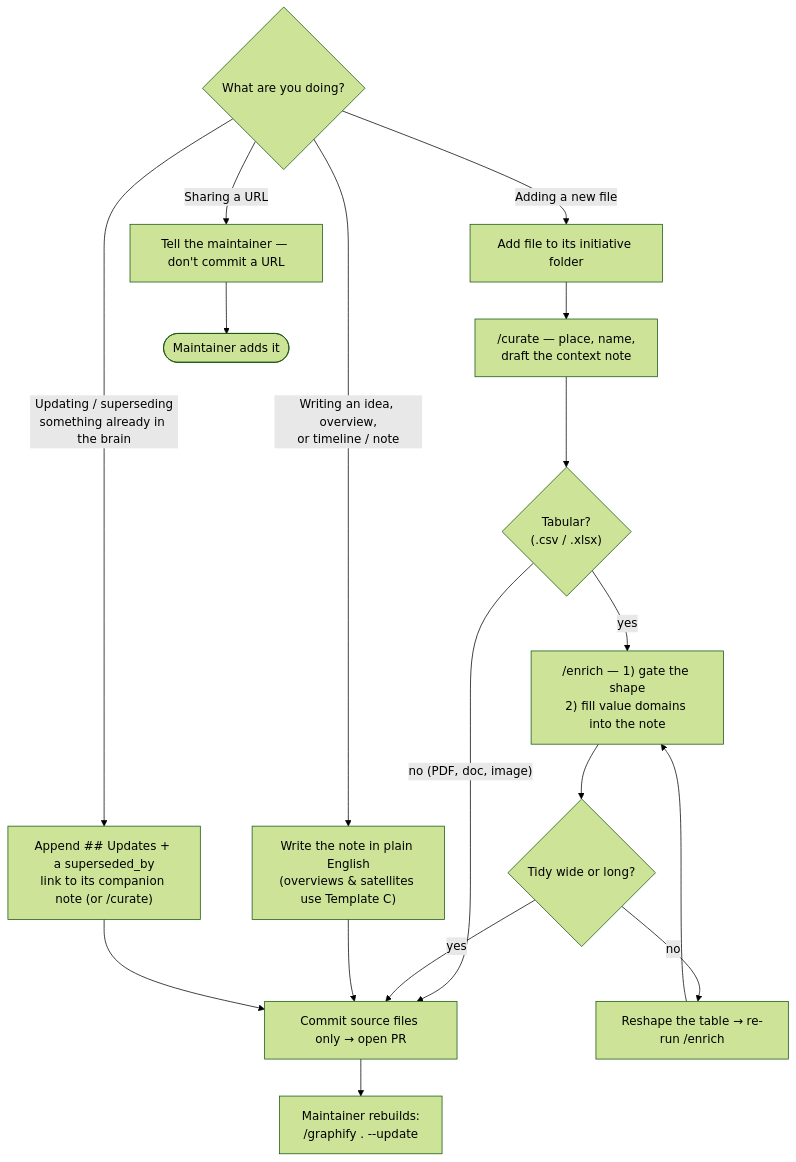
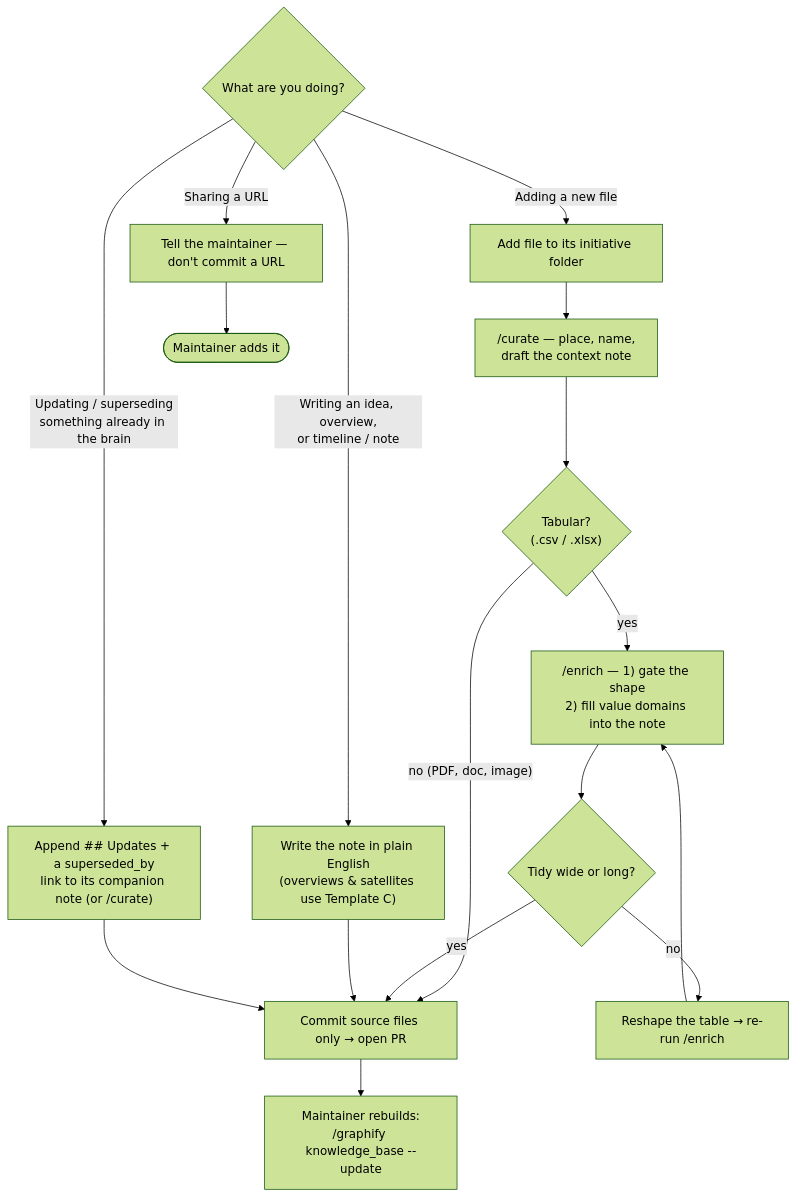
Before and after one commit to WorldFishCenter/WDB: the diagram in README.md, drawn with Mermaid (forest theme). The commit also changed other lines of this file and 175 other files, not shown here.

First line of the commit message:
Separate the knowledge base from the application (knowledge_base/) (#23)

````diff
--- a/README.md
+++ b/README.md
@@ -49,21 +52,21 @@
 ```mermaid
 flowchart TD
   S{"What are you doing?"}
   S -- "Adding a new file" --> A[Add file to its initiative folder]
   S -- "Writing an idea, overview,<br/>or timeline / note" --> N["Write the note in plain English<br/>(overviews & satellites use Template C)"]
   S -- "Sharing a URL" --> L["Tell the maintainer — don't commit a URL"]
   S -- "Updating / superseding<br/>something already in the brain" --> U["Append ## Updates + a superseded_by<br/>link to its companion note (or /curate)"]
 
   A --> B["/curate — place, name,<br/>draft the context note"]
   B --> C{"Tabular?<br/>(.csv / .xlsx)"}
   C -- "no (PDF, doc, image)" --> G[Commit source files only → open PR]
   C -- "yes" --> D["/enrich — 1) gate the shape<br/>2) fill value domains into the note"]
   D --> E{Tidy wide or long?}
   E -- "no" --> F[Reshape the table → re-run /enrich]
   F --> D
   E -- "yes" --> G
   N --> G
   U --> G
   L --> Z([Maintainer adds it])
-  G --> H["Maintainer rebuilds:<br/>/graphify . --update"]
+  G --> H["Maintainer rebuilds:<br/>/graphify knowledge_base --update"]
 ```
````
